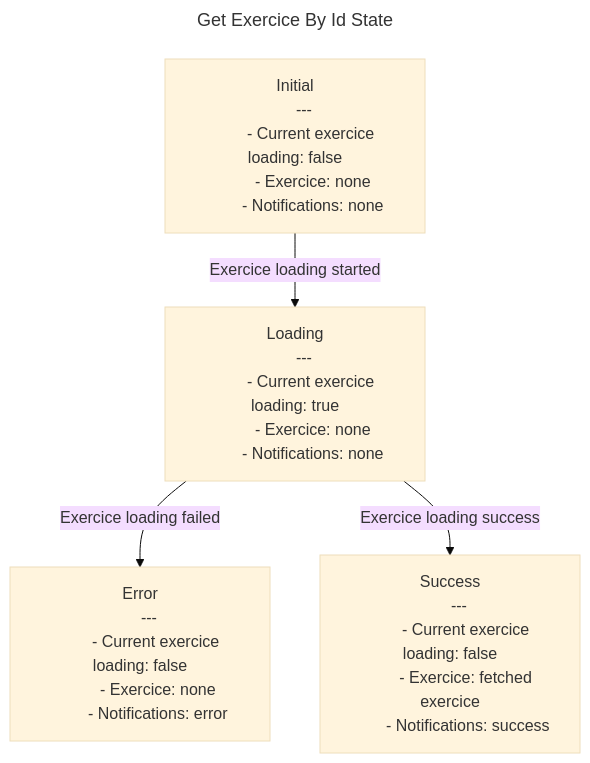
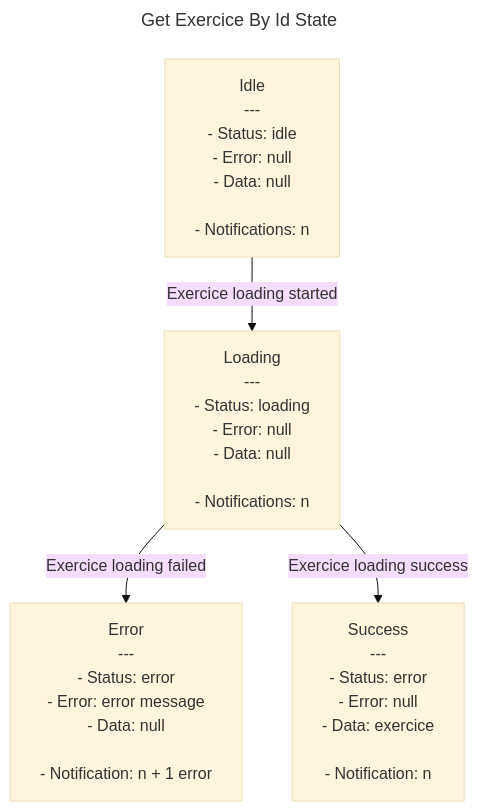
One commit to davidroberto/react-redux-clean-architecture-tdd-eda-vertical-slices changed the diagram in src/exercice/features/get-exercice-by-id/get-exercice-by-id.state-machine.md. Above: the diagram before and after it, drawn with Mermaid (base theme). The commit also changed 27 other files, not shown here.

Commit message:
refactor: update state tree with with better application model: data / status / error

````diff
--- a/src/exercice/features/get-exercice-by-id/get-exercice-by-id.state-machine.md
+++ b/src/exercice/features/get-exercice-by-id/get-exercice-by-id.state-machine.md
@@ -1,42 +1,50 @@
 ```mermaid
 ---
 title: Get Exercice By Id State
 ---
 flowchart TD
 
 A[
-    Initial
+    Idle
     ---
-        - Current exercice loading: false
-        - Exercice: none
-        - Notifications: none
+        - Status: idle
+        - Error: null
+        - Data: null
+        
+        - Notifications: n
 ]
 
 B[
     Loading
     ---
-        - Current exercice loading: true
-        - Exercice: none
-        - Notifications: none
+        - Status: loading
+        - Error: null
+        - Data: null
+        
+        - Notifications: n
 ]
 
 C[
     Error
     ---
-        - Current exercice loading: false
-        - Exercice: none
-        - Notifications: error
+        - Status: error
+        - Error: error message
+        - Data: null
+        
+        - Notification: n + 1 error
 ]
 
 D[
     Success
     ---
-        - Current exercice loading: false
-        - Exercice: fetched exercice
-        - Notifications: success
+        - Status: error
+        - Error: null
+        - Data: exercice
+        
+        - Notification: n
 ]
 
 A -->|Exercice loading started|B
 B -->|Exercice loading failed|C
 B -->|Exercice loading success|D
 ```
````
